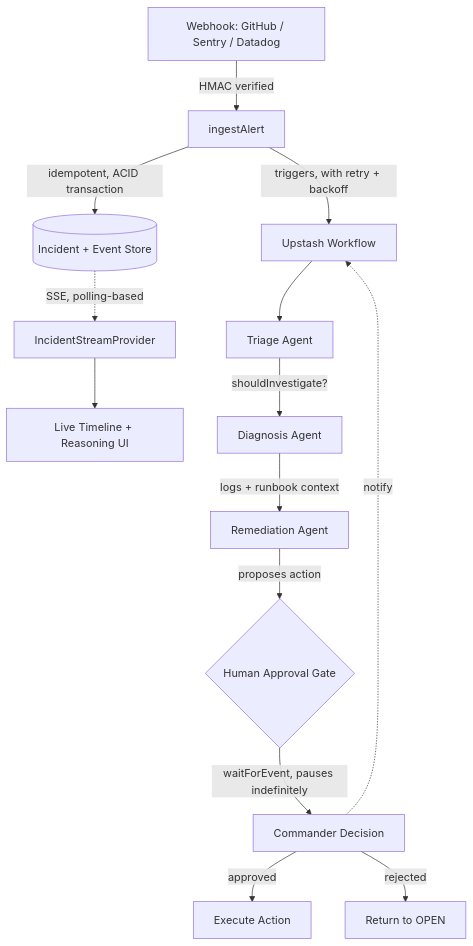
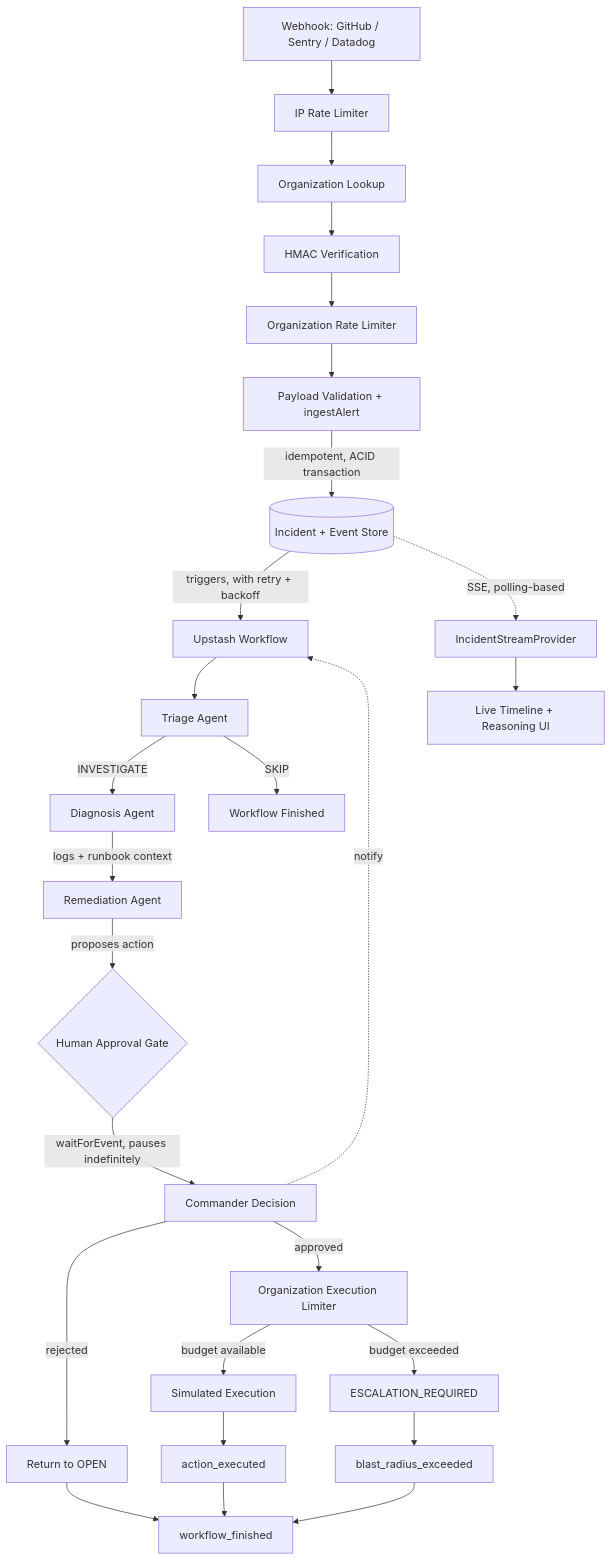
Before and after one commit to Gurashish73/sentinel: the diagram in README.md, drawn with Mermaid. The commit also changed other lines of this file and 2 other files, not shown here.

Commit message:
docs(phase-6): document security controls and roadmap

````diff
--- a/README.md
+++ b/README.md
@@ -59,19 +71,31 @@
 ```mermaid
 flowchart TD
-    A[Webhook: GitHub / Sentry / Datadog] -->|HMAC verified| B[ingestAlert]
-    B -->|idempotent, ACID transaction| C[(Incident + Event Store)]
-    B -->|triggers, with retry + backoff| D[Upstash Workflow]
+    A[Webhook: GitHub / Sentry / Datadog] --> B[IP Rate Limiter]
+    B --> C[Organization Lookup]
+    C --> D[HMAC Verification]
+    D --> E[Organization Rate Limiter]
+    E --> F[Payload Validation + ingestAlert]
+    F -->|idempotent, ACID transaction| G[(Incident + Event Store)]
+    G -->|triggers, with retry + backoff| H[Upstash Workflow]
 
-    D --> E[Triage Agent]
-    E -->|shouldInvestigate?| F[Diagnosis Agent]
-    F -->|logs + runbook context| G[Remediation Agent]
-    G -->|proposes action| H{Human Approval Gate}
+    H --> I[Triage Agent]
+    I -->|INVESTIGATE| J[Diagnosis Agent]
+    I -->|SKIP| N[Workflow Finished]
+    J -->|logs + runbook context| K[Remediation Agent]
+    K -->|proposes action| L{Human Approval Gate}
 
-    H -->|waitForEvent, pauses indefinitely| I[Commander Decision]
-    I -->|approved| J[Execute Action]
-    I -->|rejected| K[Return to OPEN]
+    L -->|waitForEvent, pauses indefinitely| M[Commander Decision]
+    M -->|rejected| O[Return to OPEN]
+    M -->|approved| P[Organization Execution Limiter]
+    P -->|budget available| Q[Simulated Execution]
+    P -->|budget exceeded| R[ESCALATION_REQUIRED]
+    Q --> S[action_executed]
+    R --> T[blast_radius_exceeded]
+    S --> U[workflow_finished]
+    T --> U
+    O --> U
 
-    C -.->|SSE, polling-based| L[IncidentStreamProvider]
-    L --> M[Live Timeline + Reasoning UI]
-    I -.->|notify| D
+    G -.->|SSE, polling-based| V[IncidentStreamProvider]
+    V --> W[Live Timeline + Reasoning UI]
+    M -.->|notify| H
 ```
````
